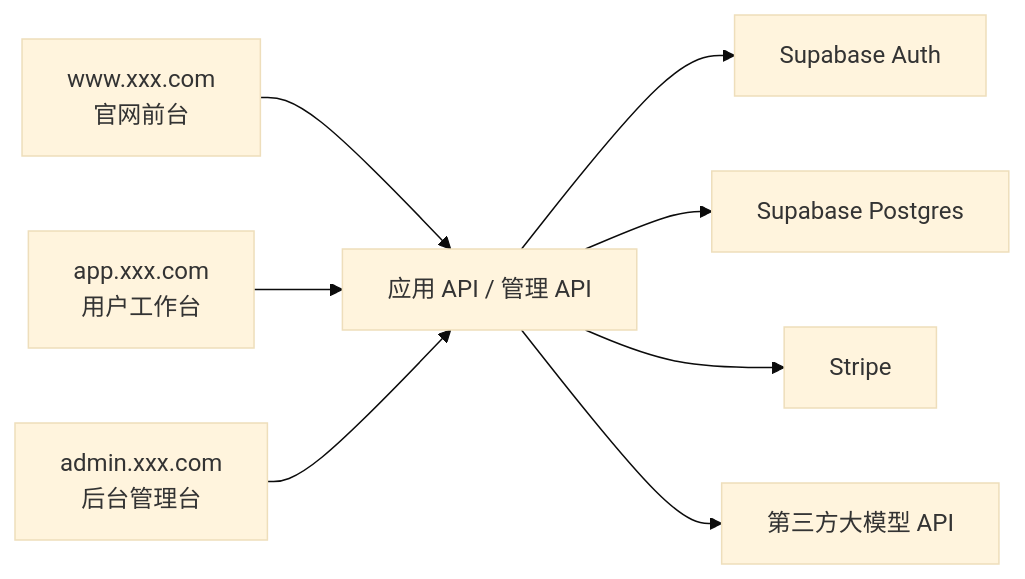
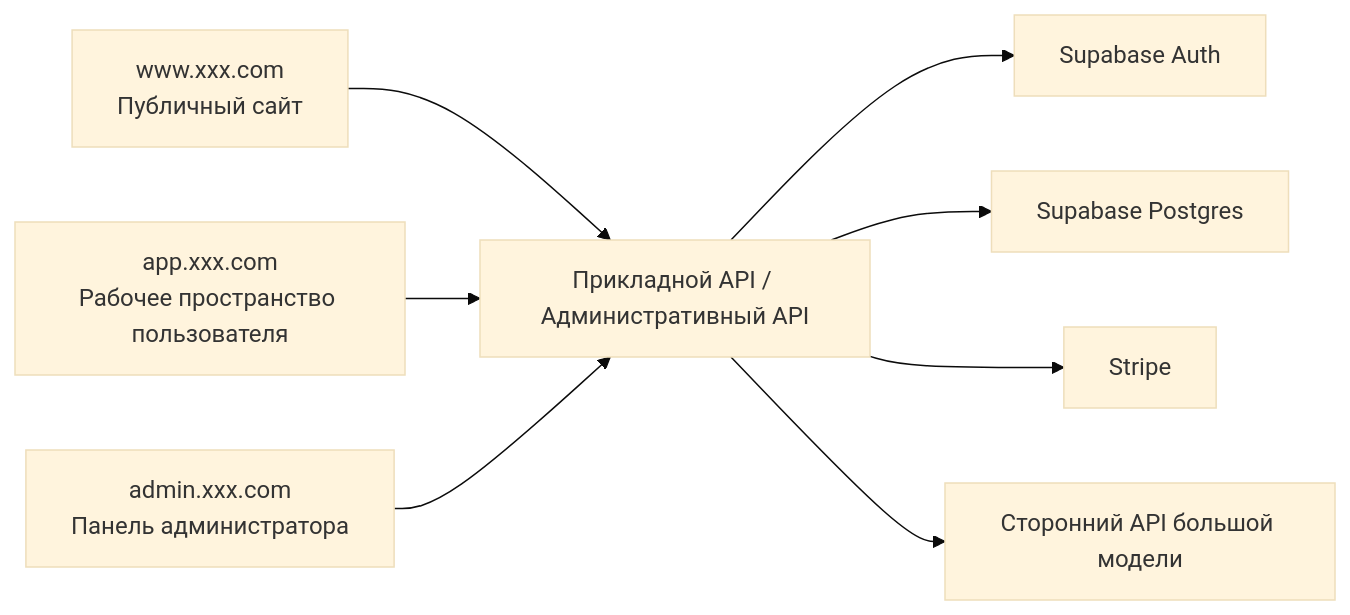
The first of 2 diagrams in docs/ru-ru/stage-2/assignments/copywriting-platform-supabase/PRD.md (Libertad-Harbour-LLC/study_vibe), drawn with Mermaid (base theme) before and after one commit. The commit also changed other lines of this file and 14 other files, not shown here.

````diff
--- a/docs/ru-ru/stage-2/assignments/copywriting-platform-supabase/PRD.md
+++ b/docs/ru-ru/stage-2/assignments/copywriting-platform-supabase/PRD.md
@@ -15,10 +15,10 @@
 ```mermaid
 flowchart LR
-  WWW["www.xxx.com<br/>官网前台"] --> API["应用 API / 管理 API"]
-  APP["app.xxx.com<br/>用户工作台"] --> API
-  ADMIN["admin.xxx.com<br/>后台管理台"] --> API
+  WWW["www.xxx.com<br/>Публичный сайт"] --> API["Прикладной API / Административный API"]
+  APP["app.xxx.com<br/>Рабочее пространство пользователя"] --> API
+  ADMIN["admin.xxx.com<br/>Панель администратора"] --> API
   API --> AUTH["Supabase Auth"]
   API --> DB["Supabase Postgres"]
   API --> PAY["Stripe"]
-  API --> LLM["第三方大模型 API"]
+  API --> LLM["Сторонний API большой модели"]
 ```
````
